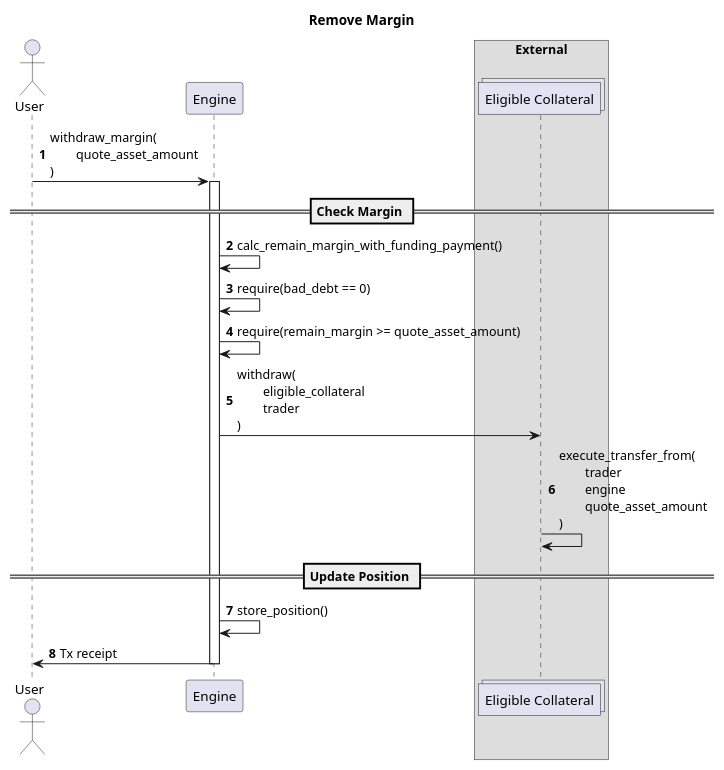
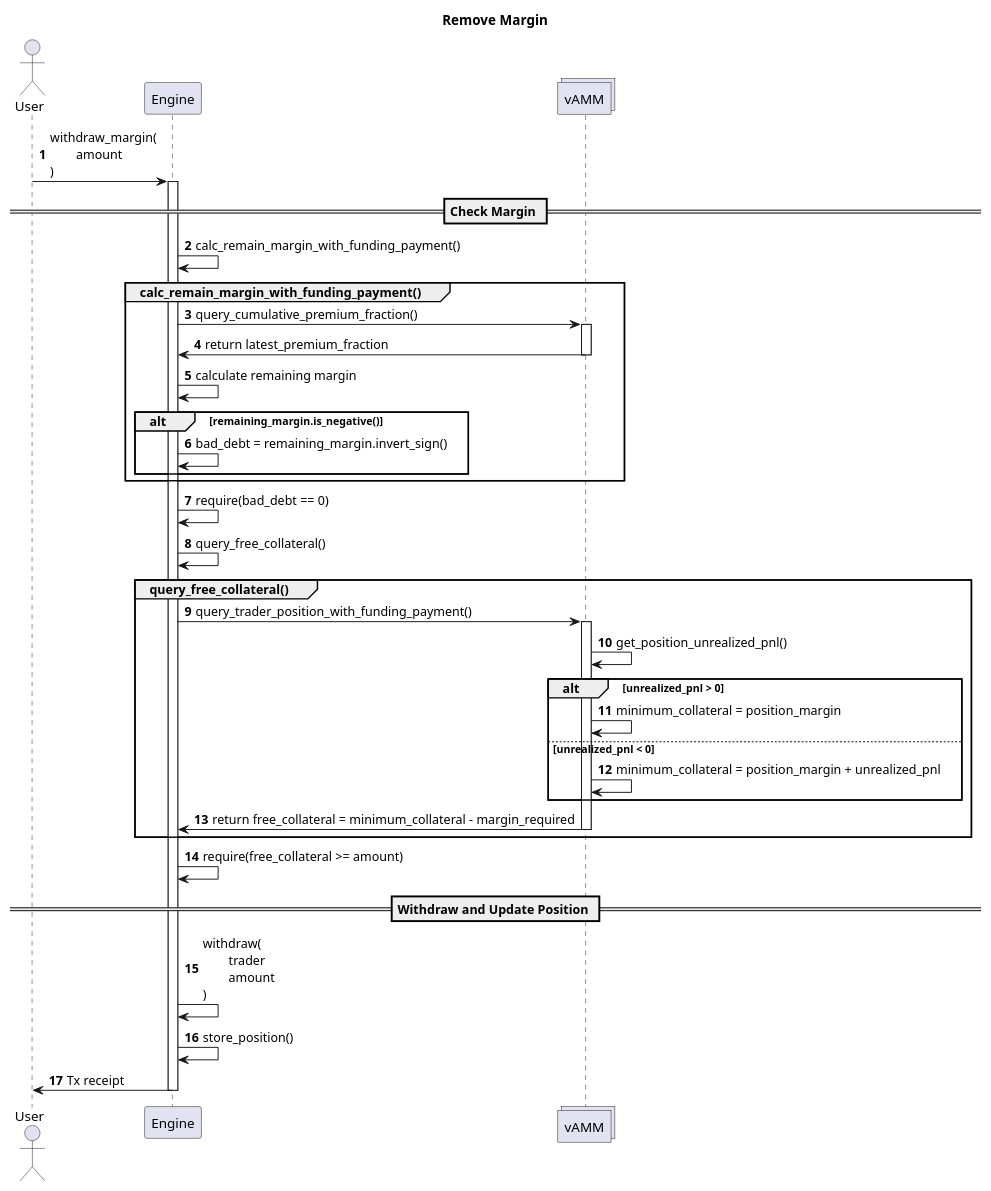
The diagram in architecture/diagrams/remove-margin.puml (margined-protocol/docs), drawn with PlantUML before and after one commit. The commit also changed 9 other files, not shown here.

Commit message:
made changes to diagrams

```diff
--- a/architecture/diagrams/remove-margin.puml
+++ b/architecture/diagrams/remove-margin.puml
@@ -1,35 +1,61 @@
 @startuml
 
 autonumber
 actor User    
 
 participant "Engine" as engine
-
-box "External"
-    collections "Eligible Collateral" as token
-end box
-
+collections "vAMM" as vamm
 
 title Remove Margin
-User -> engine : withdraw_margin(\n\tquote_asset_amount\n)
+User -> engine : withdraw_margin(\n\tamount\n)
 activate engine
 
 == Check Margin ==
 
 engine -> engine : calc_remain_margin_with_funding_payment()
 
+Group calc_remain_margin_with_funding_payment()
+    engine -> vamm : query_cumulative_premium_fraction()
+    activate vamm
+
+    vamm -> engine : return latest_premium_fraction
+    deactivate vamm
+
+    engine -> engine : calculate remaining margin
+
+    alt remaining_margin.is_negative()
+        engine -> engine : bad_debt = remaining_margin.invert_sign()
+    end
+end
+
 engine -> engine : require(bad_debt == 0)
 
-engine -> engine : require(remain_margin >= quote_asset_amount)
+engine -> engine : query_free_collateral()
 
-engine -> token : withdraw(\n\teligible_collateral\n\ttrader\n)
+Group query_free_collateral()
+    engine -> vamm : query_trader_position_with_funding_payment()
+    activate vamm
+    vamm -> vamm : get_position_unrealized_pnl()
 
-token -> token : execute_transfer_from(\n\ttrader\n\tengine\n\tquote_asset_amount\n)
-== Update Position ==
+    alt unrealized_pnl > 0
+        vamm -> vamm : minimum_collateral = position_margin
+    else unrealized_pnl < 0
+        vamm -> vamm : minimum_collateral = position_margin + unrealized_pnl
+    end
+
+    vamm -> engine : return free_collateral = minimum_collateral - margin_required
+    deactivate vamm
+end
+
+engine -> engine : require(free_collateral >= amount)
+
+== Withdraw and Update Position ==
+
+engine -> engine : withdraw(\n\ttrader\n\tamount\n)
 
 engine -> engine : store_position()
 
 engine -> User : Tx receipt
 deactivate engine
 
 @enduml
```
